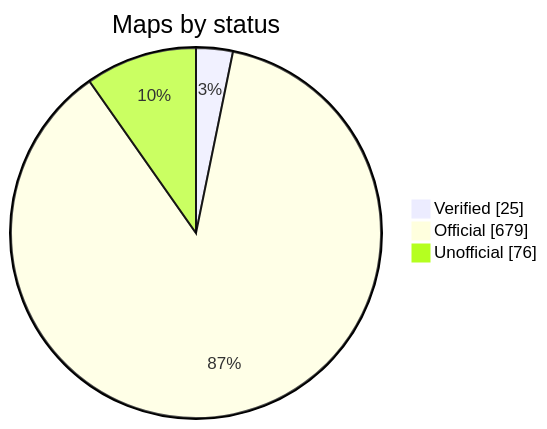
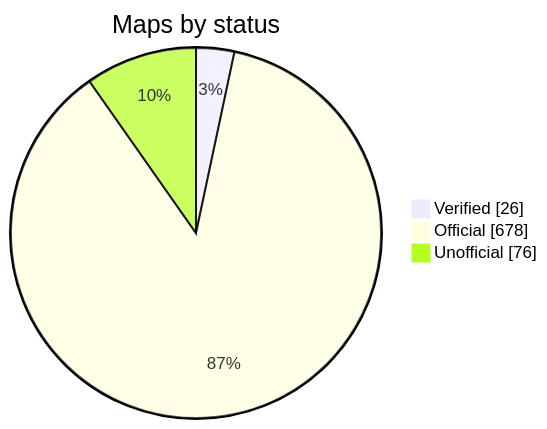
The diagram in README.md (nobrega8/mbmap-library), drawn with Mermaid before and after one commit. The commit also changed 7 other files, not shown here.

````diff
--- a/README.md
+++ b/README.md
@@ -52,7 +52,7 @@
 ```mermaid
 pie showData
     title Maps by status
-    "Verified" : 25
-    "Official" : 679
+    "Verified" : 26
+    "Official" : 678
     "Unofficial" : 76
 ```
````
